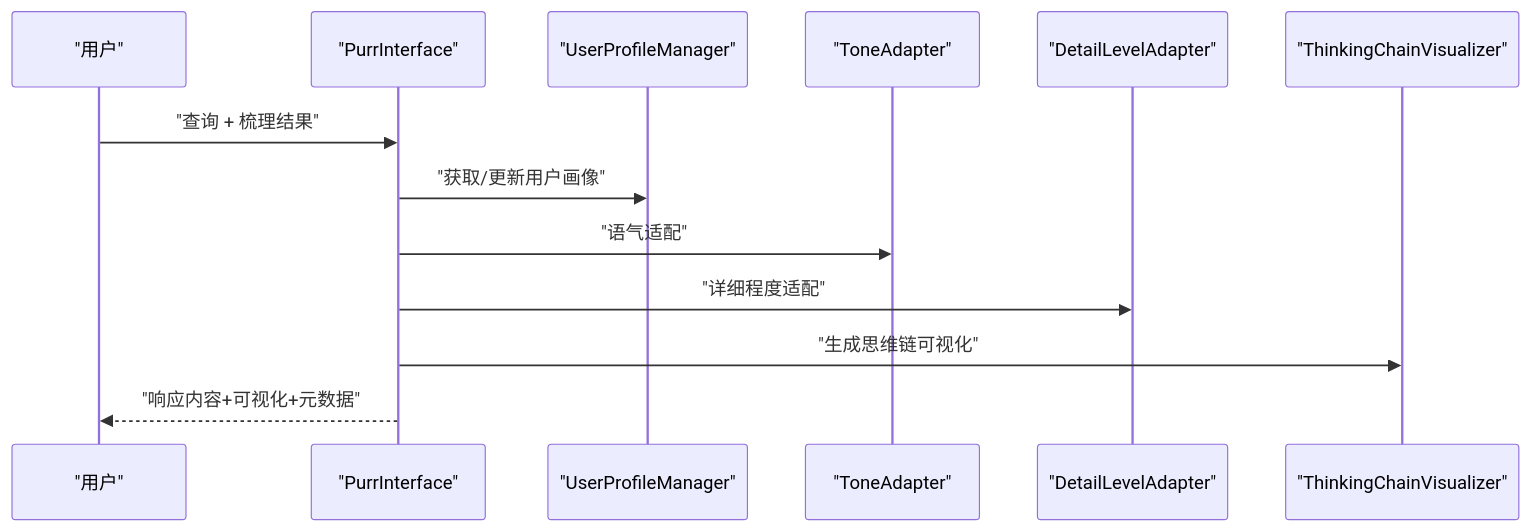
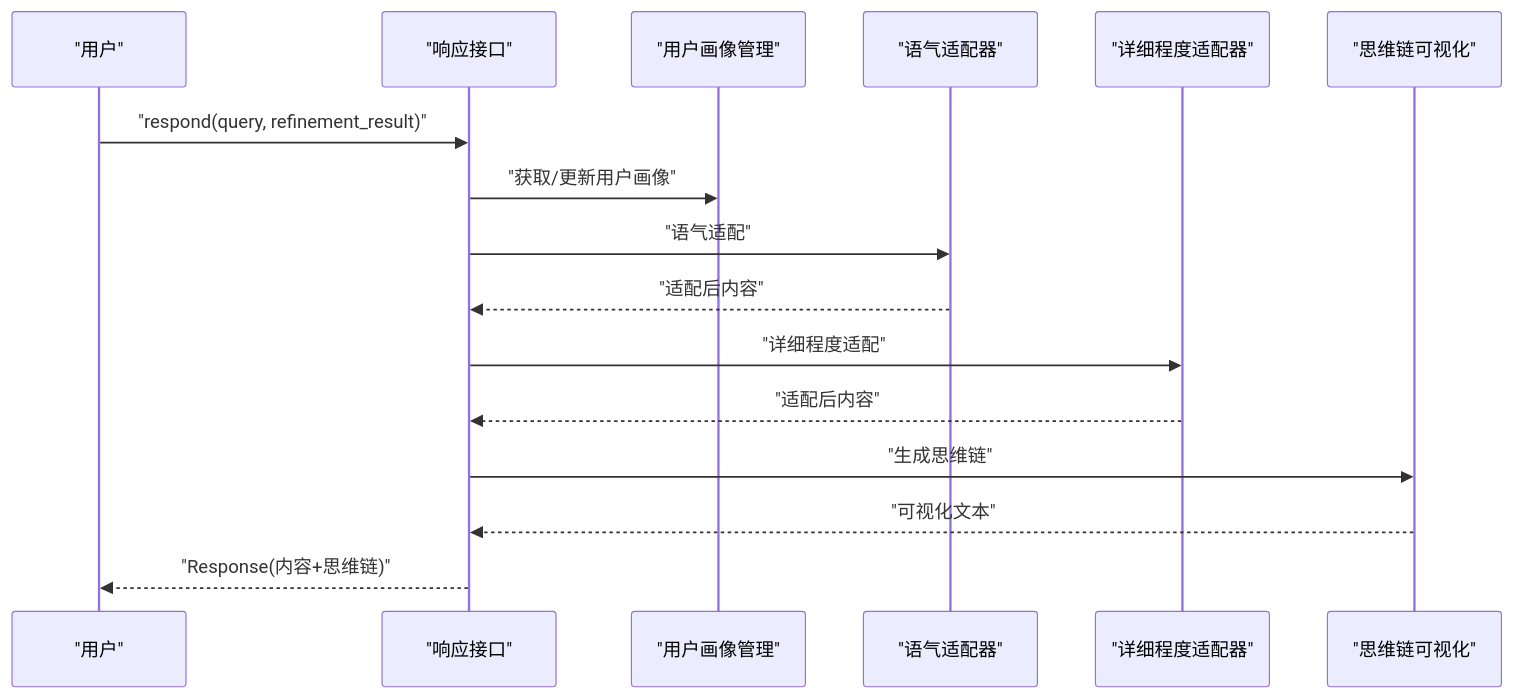
One commit to JieGaoPrinceton/NecoRAG changed the seventh of 10 diagrams in .qoder/repowiki/zh/content/项目概述/项目概述.md. Above: the diagram before and after it, drawn with Mermaid. The commit also changed other lines of this file and 76 other files, not shown here.

````diff
--- a/.qoder/repowiki/zh/content/项目概述/项目概述.md
+++ b/.qoder/repowiki/zh/content/项目概述/项目概述.md
@@ -246,15 +291,18 @@
 ```mermaid
 sequenceDiagram
 participant U as "用户"
-participant PI as "PurrInterface"
-participant PM as "UserProfileManager"
-participant TA as "ToneAdapter"
-participant DA as "DetailLevelAdapter"
-participant VS as "ThinkingChainVisualizer"
-U->>PI : "查询 + 梳理结果"
-PI->>PM : "获取/更新用户画像"
-PI->>TA : "语气适配"
-PI->>DA : "详细程度适配"
-PI->>VS : "生成思维链可视化"
-PI-->>U : "响应内容+可视化+元数据"
+participant RI as "响应接口"
+participant PM as "用户画像管理"
+participant TA as "语气适配器"
+participant DA as "详细程度适配器"
+participant TV as "思维链可视化"
+U->>RI : "respond(query, refinement_result)"
+RI->>PM : "获取/更新用户画像"
+RI->>TA : "语气适配"
+TA-->>RI : "适配后内容"
+RI->>DA : "详细程度适配"
+DA-->>RI : "适配后内容"
+RI->>TV : "生成思维链"
+TV-->>RI : "可视化文本"
+RI-->>U : "Response(内容+思维链)"
 ```
````
